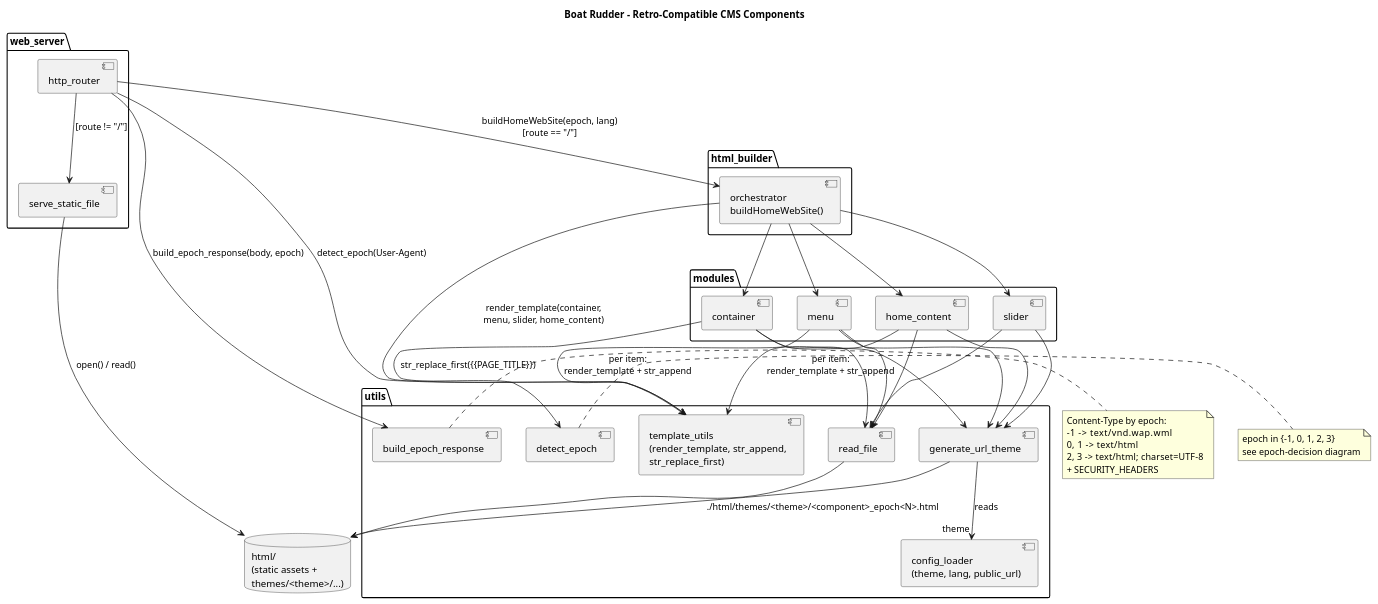
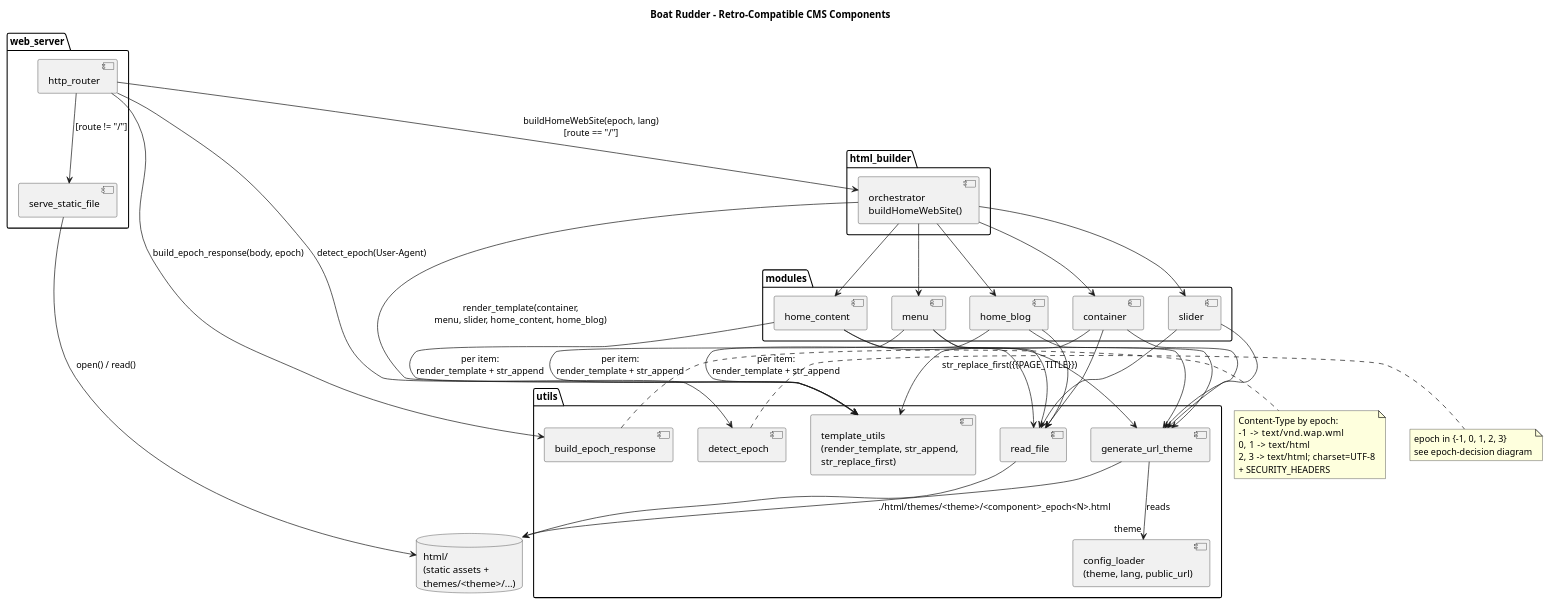
The third of 5 diagrams in develop_docs/boat-rudder.md (jpablotoledom/boat-rudder), drawn with PlantUML before and after one commit. The commit also changed other lines of this file and 119 other files, not shown here.

````diff
--- a/develop_docs/boat-rudder.md
+++ b/develop_docs/boat-rudder.md
@@ -274,75 +307,80 @@
 ```plantuml
 @startuml cms-components
 title Boat Rudder - Retro-Compatible CMS Components
 
 package "web_server" {
     [http_router] as ROUTER
     [serve_static_file] as STATIC
 }
 
 package "html_builder" {
     [orchestrator\nbuildHomeWebSite()] as ORCH
 }
 
 package "modules" {
     [container] as CONTAINER
     [menu] as MENU
     [slider] as SLIDER
     [home_content] as HOME
+    [home_blog] as BLOG
 }
 
 package "utils" {
     [detect_epoch] as EPOCH
     [generate_url_theme] as URLTHEME
     [read_file] as READFILE
     [template_utils\n(render_template, str_append,\nstr_replace_first)] as TPL
     [build_epoch_response] as RESP
     [config_loader\n(theme, lang, public_url)] as CONFIG
 }
 
 database "html/\n(static assets +\nthemes/<theme>/...)" as FS
 
 ROUTER --> EPOCH : detect_epoch(User-Agent)
 ROUTER --> ORCH : buildHomeWebSite(epoch, lang)\n[route == "/"]
 ROUTER --> RESP : build_epoch_response(body, epoch)
 ROUTER --> STATIC : [route != "/"]
 STATIC --> FS : open() / read()
 
 ORCH --> CONTAINER
 ORCH --> MENU
 ORCH --> SLIDER
 ORCH --> HOME
-ORCH --> TPL : render_template(container,\nmenu, slider, home_content)
+ORCH --> BLOG
+ORCH --> TPL : render_template(container,\nmenu, slider, home_content, home_blog)
 
 CONTAINER --> URLTHEME
 MENU --> URLTHEME
 SLIDER --> URLTHEME
 HOME --> URLTHEME
+BLOG --> URLTHEME
 
 CONTAINER --> READFILE
 MENU --> READFILE
 SLIDER --> READFILE
 HOME --> READFILE
+BLOG --> READFILE
 
 MENU --> TPL : per item:\nrender_template + str_append
 HOME --> TPL : per item:\nrender_template + str_append
+BLOG --> TPL : per item:\nrender_template + str_append
 CONTAINER --> TPL : str_replace_first({{PAGE_TITLE}})
 
 URLTHEME --> CONFIG : reads "theme"
 URLTHEME --> FS : "./html/themes/<theme>/<component>_epoch<N>.html"
 READFILE --> FS
 
 note right of EPOCH
   epoch in {-1, 0, 1, 2, 3}
   see epoch-decision diagram
 end note
 
 note right of RESP
   Content-Type by epoch:
   -1     -> text/vnd.wap.wml
   0, 1   -> text/html
   2, 3   -> text/html; charset=UTF-8
   + SECURITY_HEADERS
 end note
 @enduml
 ```
````
